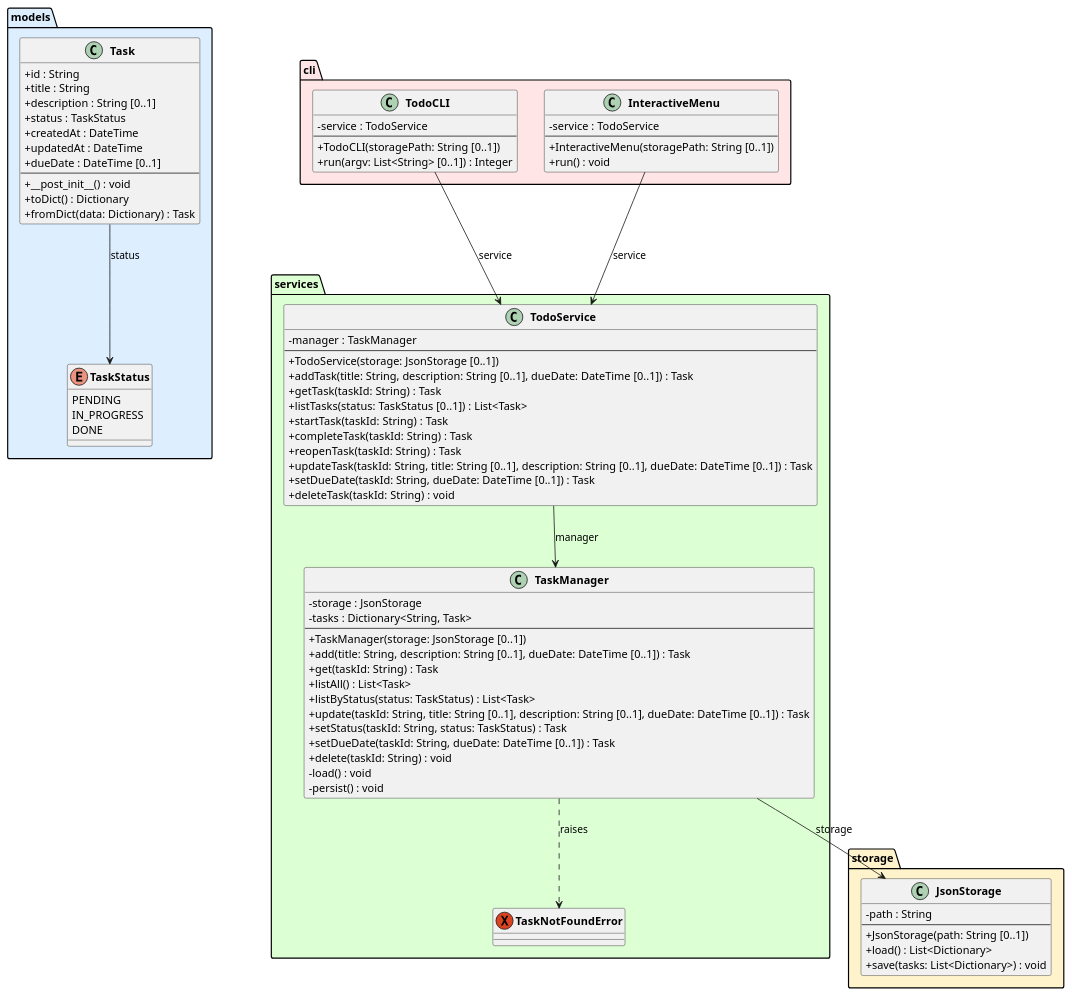
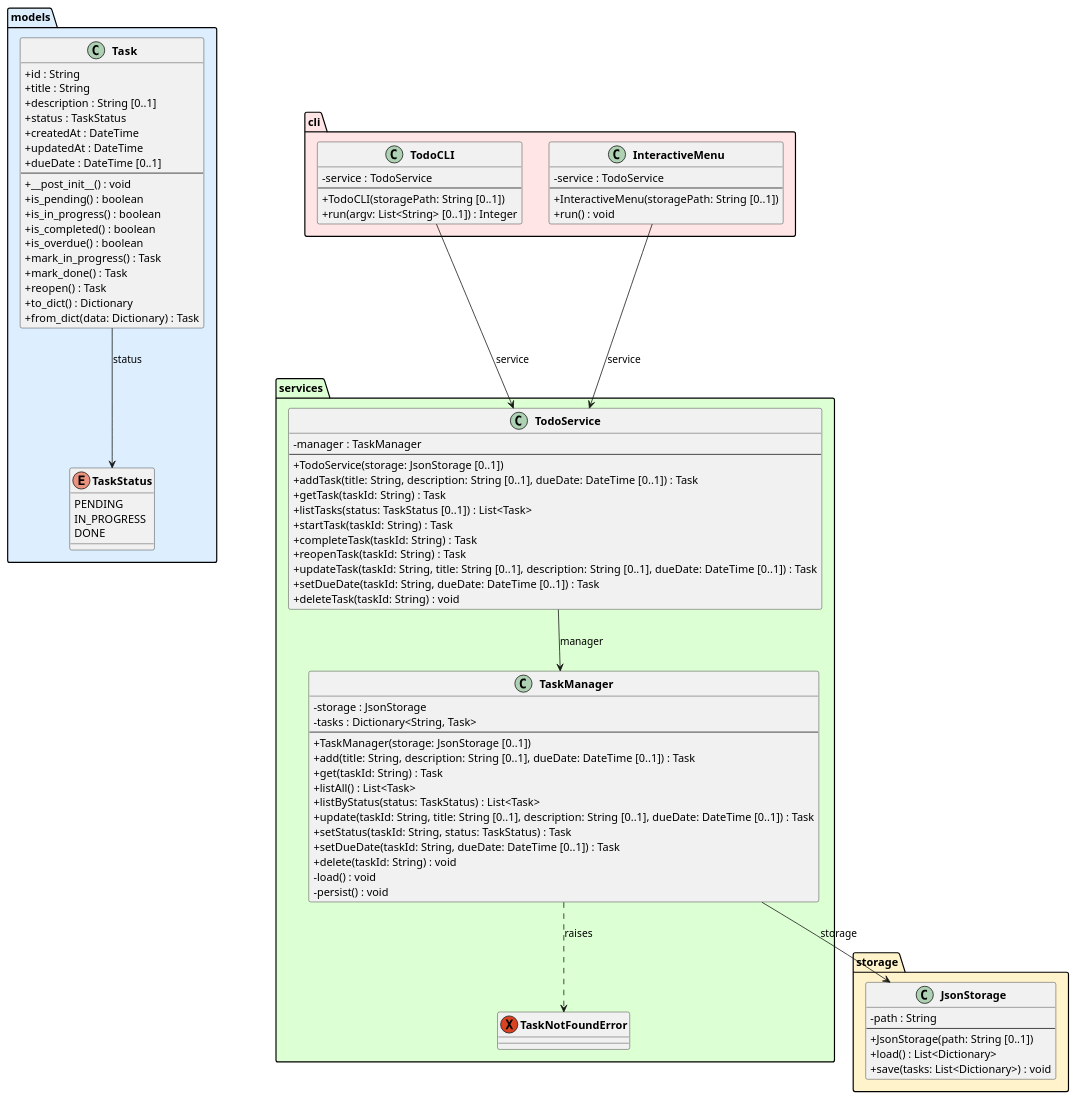
Before and after one commit to DanielRiha8906/Software_autoevolution_using_agents: the diagram in experiments/pipeline/user_stories/TODO/artifacts/class_diagram.puml, drawn with PlantUML. The commit also changed 10 other files, not shown here.

```diff
--- a/experiments/pipeline/user_stories/TODO/artifacts/class_diagram.puml
+++ b/experiments/pipeline/user_stories/TODO/artifacts/class_diagram.puml
@@ -1,97 +1,104 @@
 @startuml class_diagram
 
 skinparam classAttributeIconSize 0
 skinparam classFontStyle bold
 
 package "models" #DDEEFF {
     enum TaskStatus {
         PENDING
         IN_PROGRESS
         DONE
     }
 
     class Task {
         +id : String
         +title : String
         +description : String [0..1]
         +status : TaskStatus
         +createdAt : DateTime
         +updatedAt : DateTime
         +dueDate : DateTime [0..1]
         --
         +__post_init__() : void
-        +toDict() : Dictionary
-        +fromDict(data: Dictionary) : Task
+        +is_pending() : boolean
+        +is_in_progress() : boolean
+        +is_completed() : boolean
+        +is_overdue() : boolean
+        +mark_in_progress() : Task
+        +mark_done() : Task
+        +reopen() : Task
+        +to_dict() : Dictionary
+        +from_dict(data: Dictionary) : Task
     }
 }
 
 package "storage" #FFF3CC {
     class JsonStorage {
         -path : String
         --
         +JsonStorage(path: String [0..1])
         +load() : List<Dictionary>
         +save(tasks: List<Dictionary>) : void
     }
 }
 
 package "services" #DDFFD4 {
     exception TaskNotFoundError
 
     class TaskManager {
         -storage : JsonStorage
         -tasks : Dictionary<String, Task>
         --
         +TaskManager(storage: JsonStorage [0..1])
         +add(title: String, description: String [0..1], dueDate: DateTime [0..1]) : Task
         +get(taskId: String) : Task
         +listAll() : List<Task>
         +listByStatus(status: TaskStatus) : List<Task>
         +update(taskId: String, title: String [0..1], description: String [0..1], dueDate: DateTime [0..1]) : Task
         +setStatus(taskId: String, status: TaskStatus) : Task
         +setDueDate(taskId: String, dueDate: DateTime [0..1]) : Task
         +delete(taskId: String) : void
         -load() : void
         -persist() : void
     }
 
     class TodoService {
         -manager : TaskManager
         --
         +TodoService(storage: JsonStorage [0..1])
         +addTask(title: String, description: String [0..1], dueDate: DateTime [0..1]) : Task
         +getTask(taskId: String) : Task
         +listTasks(status: TaskStatus [0..1]) : List<Task>
         +startTask(taskId: String) : Task
         +completeTask(taskId: String) : Task
         +reopenTask(taskId: String) : Task
         +updateTask(taskId: String, title: String [0..1], description: String [0..1], dueDate: DateTime [0..1]) : Task
         +setDueDate(taskId: String, dueDate: DateTime [0..1]) : Task
         +deleteTask(taskId: String) : void
     }
 }
 
 package "cli" #FFE5E5 {
     class TodoCLI {
         -service : TodoService
         --
         +TodoCLI(storagePath: String [0..1])
         +run(argv: List<String> [0..1]) : Integer
     }
 
     class InteractiveMenu {
         -service : TodoService
         --
         +InteractiveMenu(storagePath: String [0..1])
         +run() : void
     }
 }
 
 Task --> TaskStatus : status
 TaskManager --> JsonStorage : storage
 TaskManager ..> TaskNotFoundError : raises
 TodoService --> TaskManager : manager
 TodoCLI --> TodoService : service
 InteractiveMenu --> TodoService : service
 
 @enduml
```
